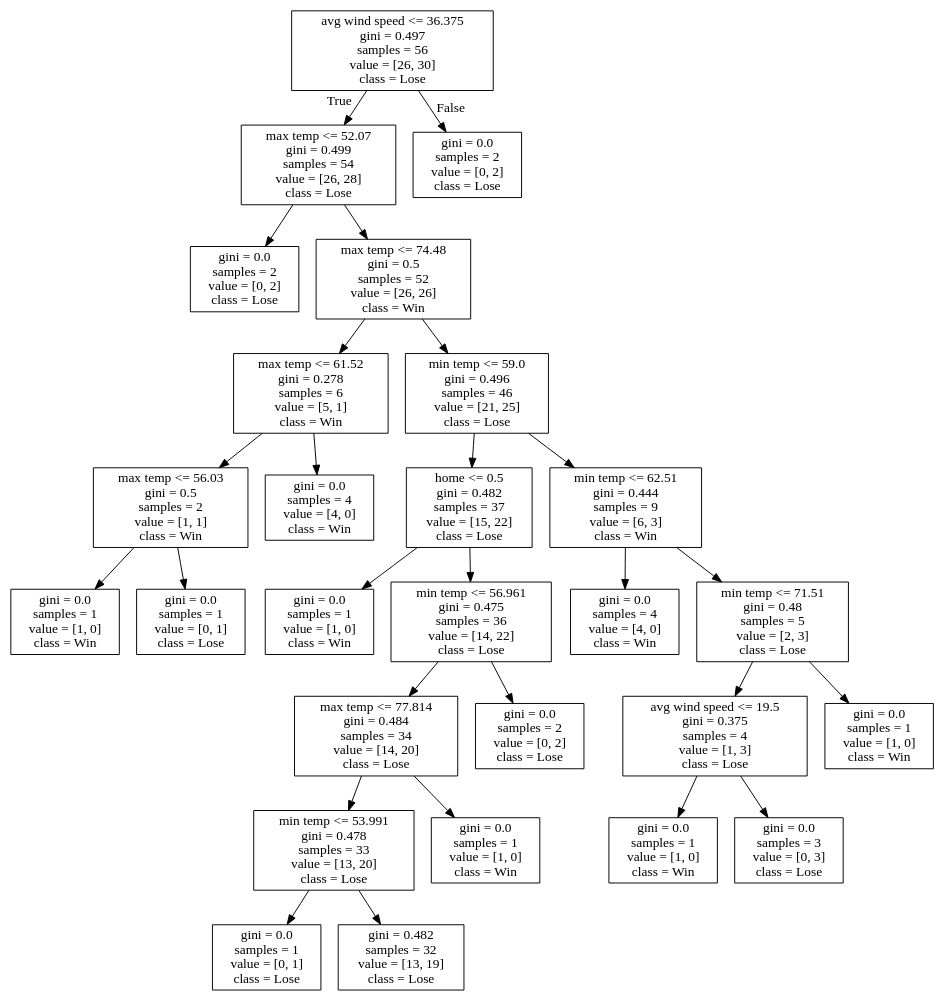
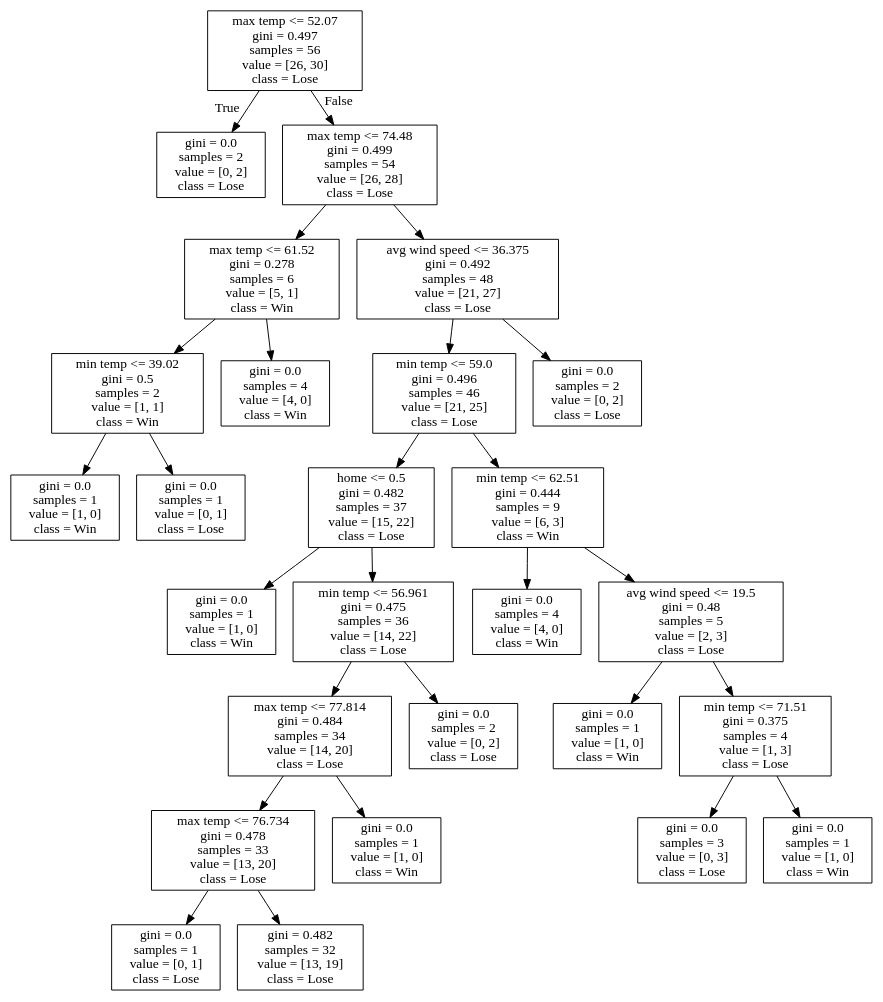
Before and after one commit to alexana-steck/CSE482Project: the diagram in DecisionTrees/decision_tree_no_score_or_attendance11.dot, drawn with Graphviz. The commit also changed 236 other files, not shown here.

```diff
--- a/DecisionTrees/decision_tree_no_score_or_attendance11.dot
+++ b/DecisionTrees/decision_tree_no_score_or_attendance11.dot
@@ -1,56 +1,56 @@
 digraph Tree {
 node [shape=box] ;
-0 [label="avg wind speed <= 36.375\ngini = 0.497\nsamples = 56\nvalue = [26, 30]\nclass = Lose"] ;
-1 [label="max temp <= 52.07\ngini = 0.499\nsamples = 54\nvalue = [26, 28]\nclass = Lose"] ;
+0 [label="max temp <= 52.07\ngini = 0.497\nsamples = 56\nvalue = [26, 30]\nclass = Lose"] ;
+1 [label="gini = 0.0\nsamples = 2\nvalue = [0, 2]\nclass = Lose"] ;
 0 -> 1 [labeldistance=2.5, labelangle=45, headlabel="True"] ;
-2 [label="gini = 0.0\nsamples = 2\nvalue = [0, 2]\nclass = Lose"] ;
-1 -> 2 ;
-3 [label="max temp <= 74.48\ngini = 0.5\nsamples = 52\nvalue = [26, 26]\nclass = Win"] ;
-1 -> 3 ;
-4 [label="max temp <= 61.52\ngini = 0.278\nsamples = 6\nvalue = [5, 1]\nclass = Win"] ;
+2 [label="max temp <= 74.48\ngini = 0.499\nsamples = 54\nvalue = [26, 28]\nclass = Lose"] ;
+0 -> 2 [labeldistance=2.5, labelangle=-45, headlabel="False"] ;
+3 [label="max temp <= 61.52\ngini = 0.278\nsamples = 6\nvalue = [5, 1]\nclass = Win"] ;
+2 -> 3 ;
+4 [label="min temp <= 39.02\ngini = 0.5\nsamples = 2\nvalue = [1, 1]\nclass = Win"] ;
 3 -> 4 ;
-5 [label="max temp <= 56.03\ngini = 0.5\nsamples = 2\nvalue = [1, 1]\nclass = Win"] ;
+5 [label="gini = 0.0\nsamples = 1\nvalue = [1, 0]\nclass = Win"] ;
 4 -> 5 ;
-6 [label="gini = 0.0\nsamples = 1\nvalue = [1, 0]\nclass = Win"] ;
-5 -> 6 ;
-7 [label="gini = 0.0\nsamples = 1\nvalue = [0, 1]\nclass = Lose"] ;
-5 -> 7 ;
-8 [label="gini = 0.0\nsamples = 4\nvalue = [4, 0]\nclass = Win"] ;
-4 -> 8 ;
+6 [label="gini = 0.0\nsamples = 1\nvalue = [0, 1]\nclass = Lose"] ;
+4 -> 6 ;
+7 [label="gini = 0.0\nsamples = 4\nvalue = [4, 0]\nclass = Win"] ;
+3 -> 7 ;
+8 [label="avg wind speed <= 36.375\ngini = 0.492\nsamples = 48\nvalue = [21, 27]\nclass = Lose"] ;
+2 -> 8 ;
 9 [label="min temp <= 59.0\ngini = 0.496\nsamples = 46\nvalue = [21, 25]\nclass = Lose"] ;
-3 -> 9 ;
+8 -> 9 ;
 10 [label="home <= 0.5\ngini = 0.482\nsamples = 37\nvalue = [15, 22]\nclass = Lose"] ;
 9 -> 10 ;
 11 [label="gini = 0.0\nsamples = 1\nvalue = [1, 0]\nclass = Win"] ;
 10 -> 11 ;
 12 [label="min temp <= 56.961\ngini = 0.475\nsamples = 36\nvalue = [14, 22]\nclass = Lose"] ;
 10 -> 12 ;
 13 [label="max temp <= 77.814\ngini = 0.484\nsamples = 34\nvalue = [14, 20]\nclass = Lose"] ;
 12 -> 13 ;
-14 [label="min temp <= 53.991\ngini = 0.478\nsamples = 33\nvalue = [13, 20]\nclass = Lose"] ;
+14 [label="max temp <= 76.734\ngini = 0.478\nsamples = 33\nvalue = [13, 20]\nclass = Lose"] ;
 13 -> 14 ;
 15 [label="gini = 0.0\nsamples = 1\nvalue = [0, 1]\nclass = Lose"] ;
 14 -> 15 ;
 16 [label="gini = 0.482\nsamples = 32\nvalue = [13, 19]\nclass = Lose"] ;
 14 -> 16 ;
 17 [label="gini = 0.0\nsamples = 1\nvalue = [1, 0]\nclass = Win"] ;
 13 -> 17 ;
 18 [label="gini = 0.0\nsamples = 2\nvalue = [0, 2]\nclass = Lose"] ;
 12 -> 18 ;
 19 [label="min temp <= 62.51\ngini = 0.444\nsamples = 9\nvalue = [6, 3]\nclass = Win"] ;
 9 -> 19 ;
 20 [label="gini = 0.0\nsamples = 4\nvalue = [4, 0]\nclass = Win"] ;
 19 -> 20 ;
-21 [label="min temp <= 71.51\ngini = 0.48\nsamples = 5\nvalue = [2, 3]\nclass = Lose"] ;
+21 [label="avg wind speed <= 19.5\ngini = 0.48\nsamples = 5\nvalue = [2, 3]\nclass = Lose"] ;
 19 -> 21 ;
-22 [label="avg wind speed <= 19.5\ngini = 0.375\nsamples = 4\nvalue = [1, 3]\nclass = Lose"] ;
+22 [label="gini = 0.0\nsamples = 1\nvalue = [1, 0]\nclass = Win"] ;
 21 -> 22 ;
-23 [label="gini = 0.0\nsamples = 1\nvalue = [1, 0]\nclass = Win"] ;
-22 -> 23 ;
+23 [label="min temp <= 71.51\ngini = 0.375\nsamples = 4\nvalue = [1, 3]\nclass = Lose"] ;
+21 -> 23 ;
 24 [label="gini = 0.0\nsamples = 3\nvalue = [0, 3]\nclass = Lose"] ;
-22 -> 24 ;
+23 -> 24 ;
 25 [label="gini = 0.0\nsamples = 1\nvalue = [1, 0]\nclass = Win"] ;
-21 -> 25 ;
+23 -> 25 ;
 26 [label="gini = 0.0\nsamples = 2\nvalue = [0, 2]\nclass = Lose"] ;
-0 -> 26 [labeldistance=2.5, labelangle=-45, headlabel="False"] ;
+8 -> 26 ;
 }
```
